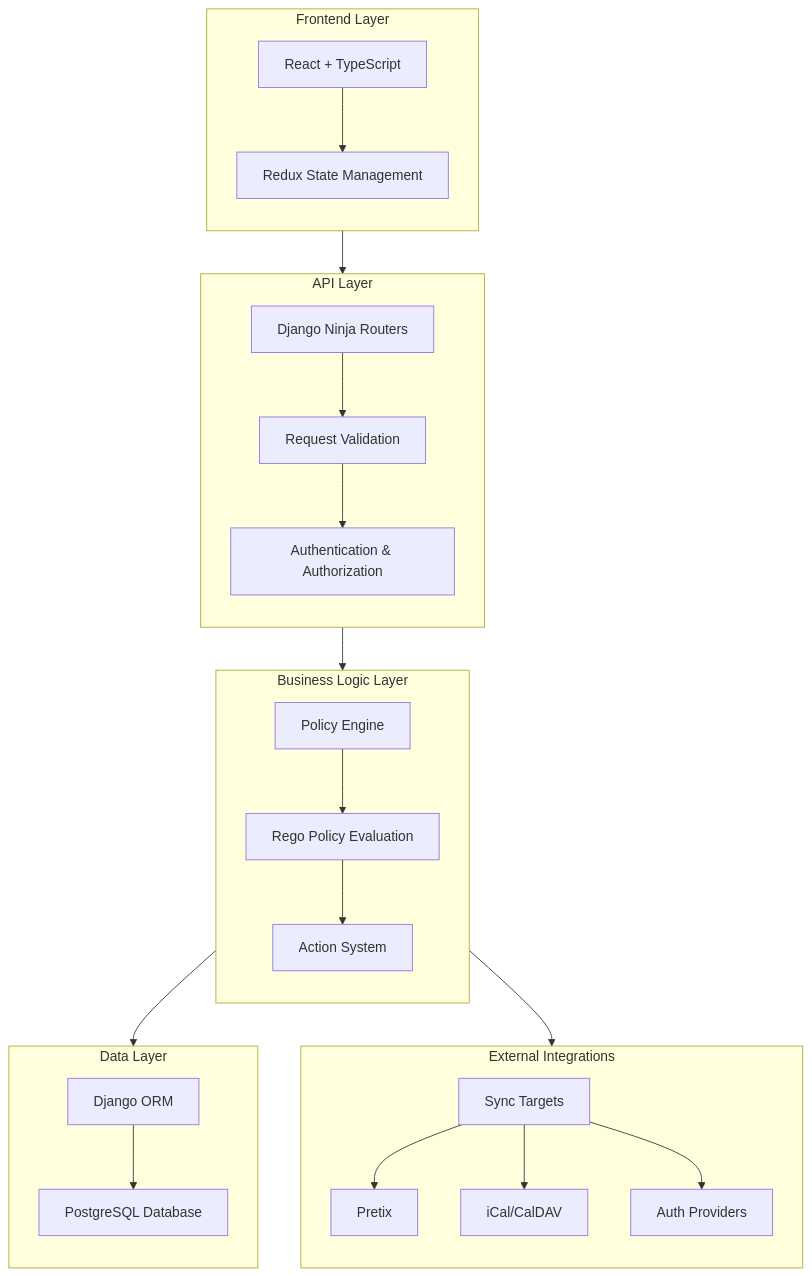
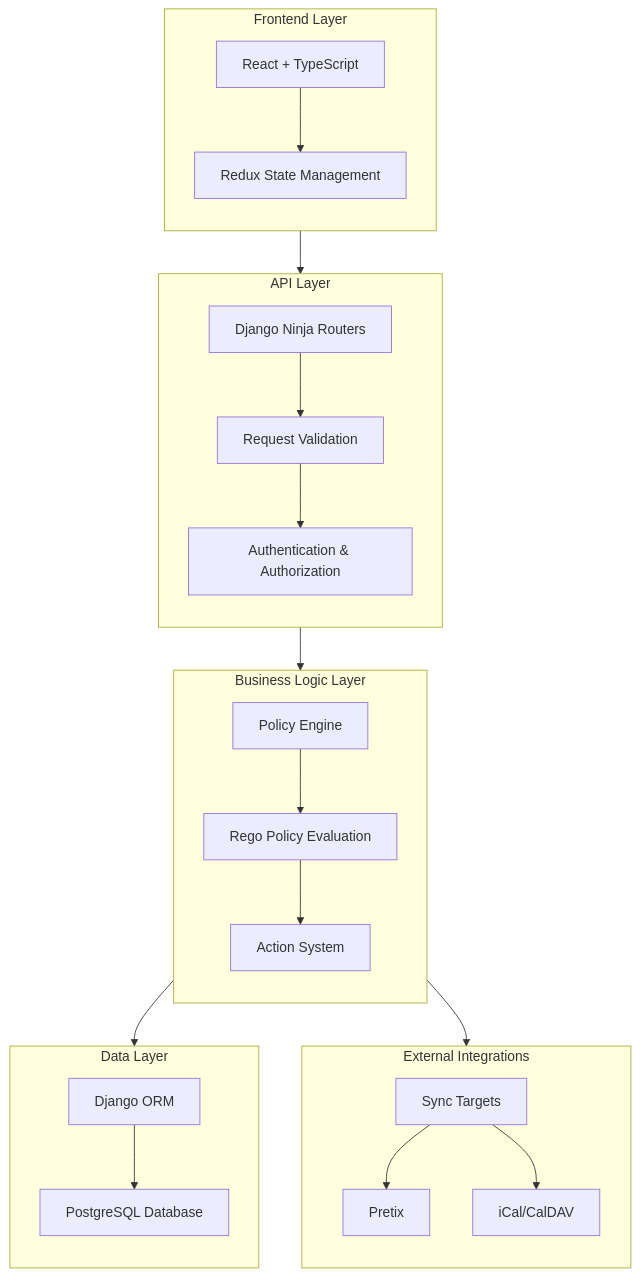
Before and after one commit to zam-haus/eventkoordinator: the first of 11 diagrams in openwiki/architecture/overview.md, drawn with Mermaid. The commit also changed other lines of this file and 4 other files, not shown here.

````diff
--- a/openwiki/architecture/overview.md
+++ b/openwiki/architecture/overview.md
@@ -24,36 +30,35 @@
 ```mermaid
 flowchart TD
     subgraph FrontendLayer["Frontend Layer"]
         direction TB
         A["React + TypeScript"] --> B["Redux State Management"]
     end
     
     subgraph APILayer["API Layer"]
         direction TB
         C["Django Ninja Routers"] --> D["Request Validation"]
         D --> E["Authentication & Authorization"]
     end
     
     subgraph BusinessLogic["Business Logic Layer"]
         direction TB
         F["Policy Engine"] --> G["Rego Policy Evaluation"]
         G --> H["Action System"]
     end
     
     subgraph DataLayer["Data Layer"]
         direction TB
         I["Django ORM"] --> J["PostgreSQL Database"]
     end
     
     subgraph ExternalIntegrations["External Integrations"]
         direction TB
         K["Sync Targets"] --> L["Pretix"]
         K --> M["iCal/CalDAV"]
-        K --> N["Auth Providers"]
     end
     
     FrontendLayer --> APILayer
     APILayer --> BusinessLogic
     BusinessLogic --> DataLayer
     BusinessLogic --> ExternalIntegrations
 ```
````
